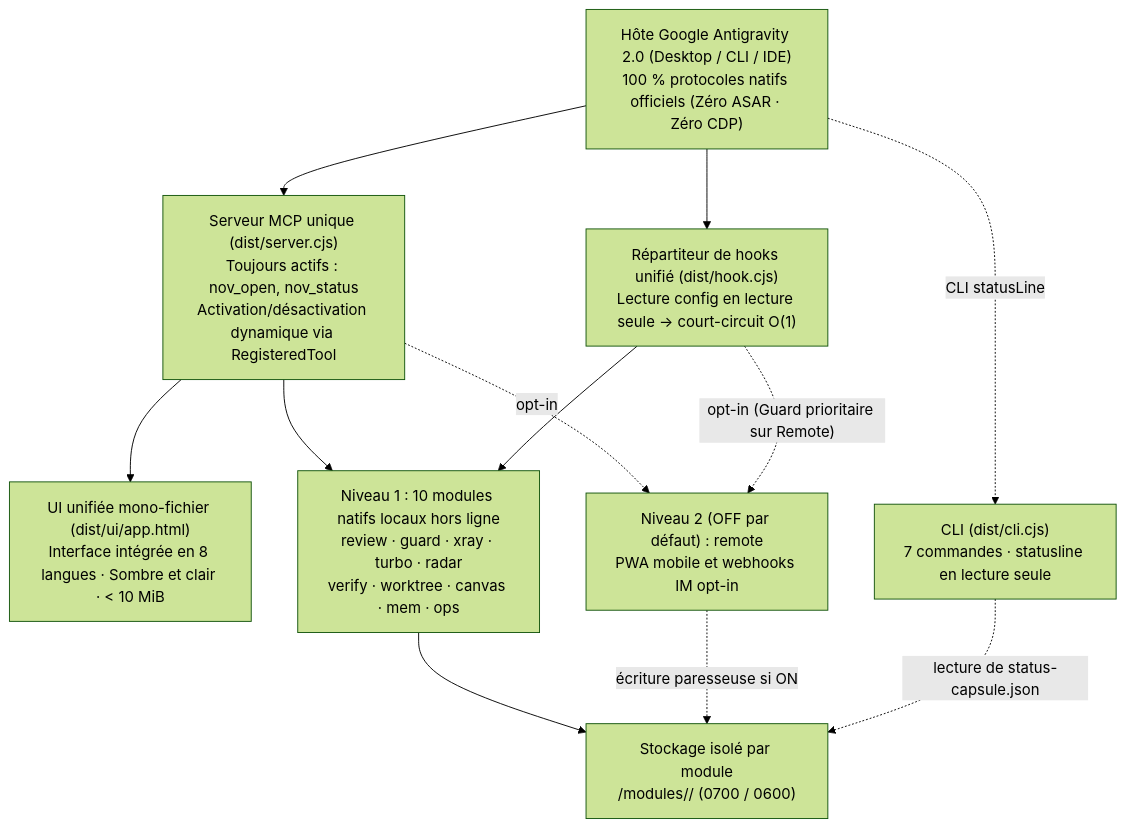
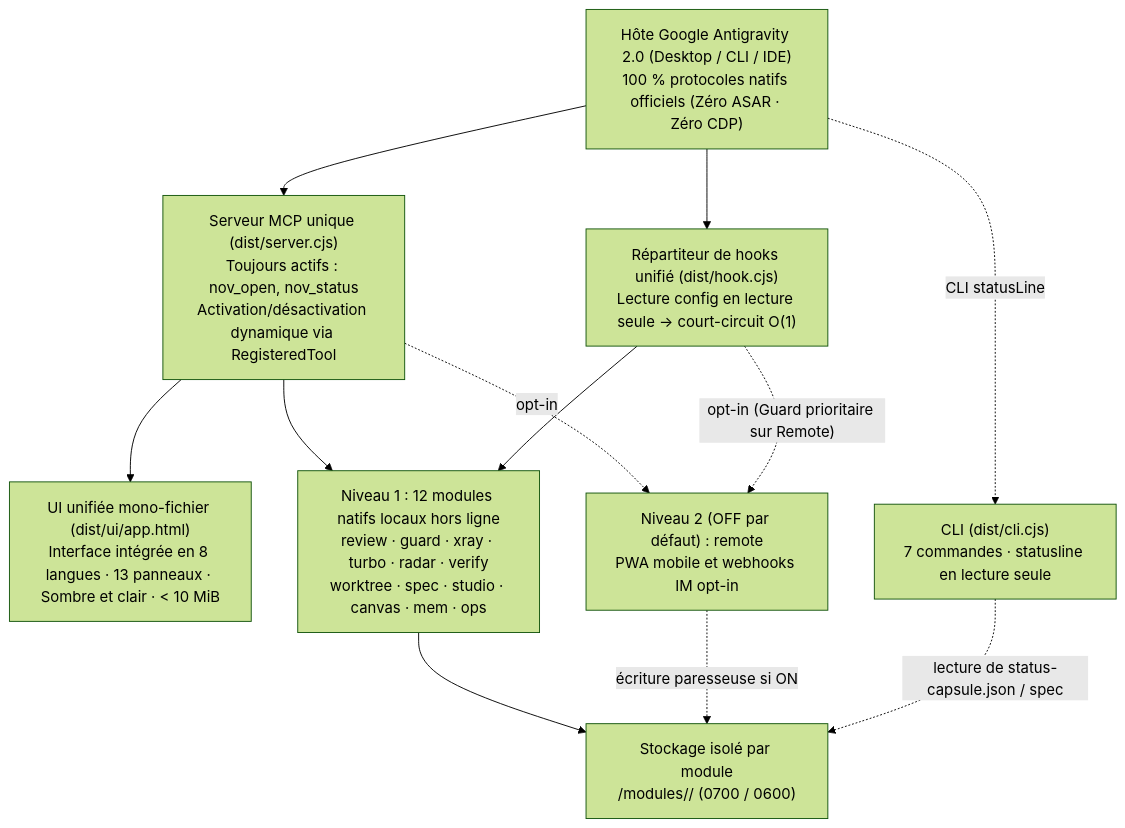
The diagram in docs/i18n/README.fr.md (tone-leh/agy-NOV), drawn with Mermaid (forest theme) before and after one commit. The commit also changed other lines of this file and 55 other files, not shown here.

Commit message:
feat(v0.4.0): Spec Flow & Task DAG, Workspace Studio, Turbo RTK compression & Ops 2.0 budget doctor

````diff
--- a/docs/i18n/README.fr.md
+++ b/docs/i18n/README.fr.md
@@ -194,23 +198,23 @@
 ```mermaid
 flowchart TB
   Host["Hôte Google Antigravity 2.0 (Desktop / CLI / IDE)\n100 % protocoles natifs officiels (Zéro ASAR · Zéro CDP)"]
   MCP["Serveur MCP unique (dist/server.cjs)\nToujours actifs : nov_open, nov_status\nActivation/désactivation dynamique via RegisteredTool"]
-  UI["UI unifiée mono-fichier (dist/ui/app.html)\nInterface intégrée en 8 langues · Sombre et clair · < 10 MiB"]
+  UI["UI unifiée mono-fichier (dist/ui/app.html)\nInterface intégrée en 8 langues · 13 panneaux · Sombre et clair · < 10 MiB"]
   Hook["Répartiteur de hooks unifié (dist/hook.cjs)\nLecture config en lecture seule -> court-circuit O(1)"]
   CLI["CLI (dist/cli.cjs)\n7 commandes · statusline en lecture seule"]
   Store["Stockage isolé par module\n<dataDir>/modules/<id>/ (0700 / 0600)"]
-  T1["Niveau 1 : 10 modules natifs locaux hors ligne\nreview · guard · xray · turbo · radar\nverify · worktree · canvas · mem · ops"]
+  T1["Niveau 1 : 12 modules natifs locaux hors ligne\nreview · guard · xray · turbo · radar · verify\nworktree · spec · studio · canvas · mem · ops"]
   T2R["Niveau 2 (OFF par défaut) : remote\nPWA mobile et webhooks IM opt-in"]
 
   Host --> MCP
   Host --> Hook
   Host -. "CLI statusLine" .-> CLI
   MCP --> UI
   MCP --> T1
   MCP -. "opt-in" .-> T2R
   Hook --> T1
   Hook -. "opt-in (Guard prioritaire sur Remote)" .-> T2R
   T1 --> Store
   T2R -. "écriture paresseuse si ON" .-> Store
-  CLI -. "lecture de status-capsule.json" .-> Store
+  CLI -. "lecture de status-capsule.json / spec" .-> Store
 ```
````
